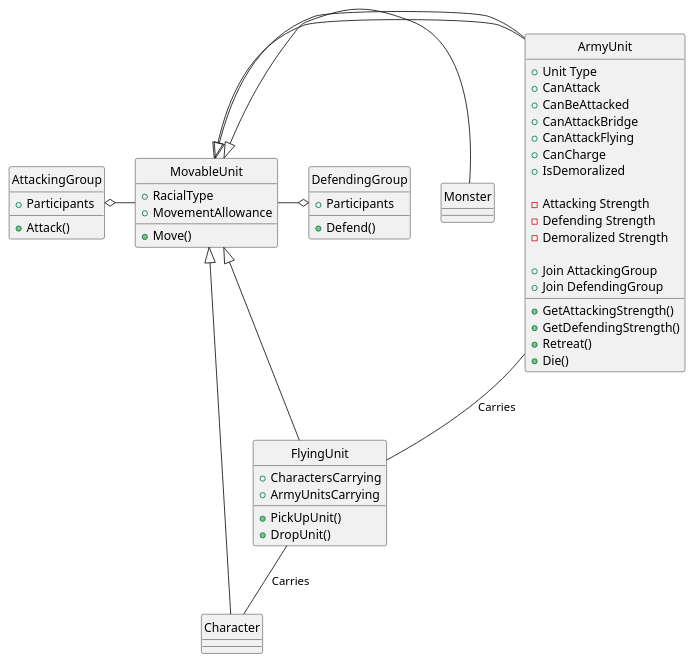
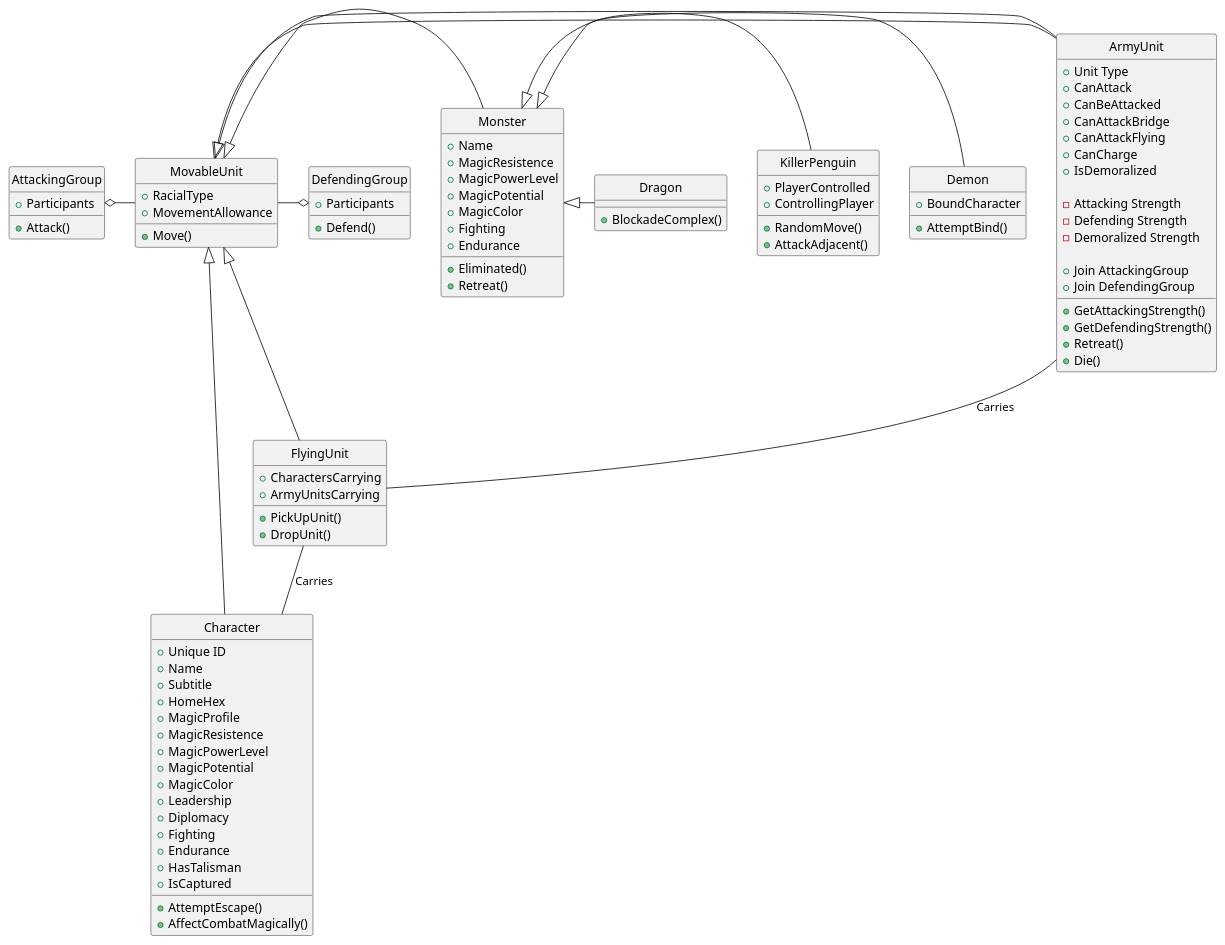
Before and after one commit to cjeffery/sworsorc: the diagram in doc/hw3/A/UnitDiagrams.pu, drawn with PlantUML. The commit also changed other lines of this file, not shown here.

Commit message:
Update UnitDiagrams.pu
Changes for now, will add more later

```diff
--- a/doc/hw3/A/UnitDiagrams.pu
+++ b/doc/hw3/A/UnitDiagrams.pu
@@ -3,65 +3,118 @@
 @startuml
 hide circle
 
 MovableUnit <|- ArmyUnit
 MovableUnit <|- Character
 MovableUnit <|- Monster
 MovableUnit <|- ArmyUnit
 FlyingUnit -|> MovableUnit
-
+Monster <|- Demon
+Monster <|- KillerPenguin
+Monster <|- Dragon
 
 FlyingUnit --  Character : Carries
 ArmyUnit -- FlyingUnit : Carries
 
 AttackingGroup o- MovableUnit
 MovableUnit -o DefendingGroup
 
 class AttackingGroup{
 + Participants
 + Attack()
 }
 
 class DefendingGroup{
 + Participants
 + Defend()
 }
 
 class ArmyUnit { 
 
 + Unit Type 
 + CanAttack
 + CanBeAttacked
 + CanAttackBridge
 + CanAttackFlying
 + CanCharge
 + IsDemoralized
 
 - Attacking Strength
 - Defending Strength
 - Demoralized Strength
 
 + GetAttackingStrength()
 + GetDefendingStrength()
 + Join AttackingGroup
 + Join DefendingGroup
 + Retreat()
 + Die()
 
 }
 
 
 class FlyingUnit {
 + CharactersCarrying
 + ArmyUnitsCarrying
 + PickUpUnit()
 + DropUnit()
 }
 
 class MovableUnit {
 + RacialType
 + MovementAllowance
 + Move()
 }
 
+class Character {
++ Unique ID
++ Name
++ Subtitle
++ HomeHex
++ MagicProfile
++ MagicResistence
++ MagicPowerLevel
++ MagicPotential
++ MagicColor
++ Leadership
++ Diplomacy
++ Fighting
++ Endurance
++ HasTalisman
++ IsCaptured
 
++ AttemptEscape()
++ AffectCombatMagically()
+}
+
+class Monster {
++ Name
++ MagicResistence
++ MagicPowerLevel
++ MagicPotential
++ MagicColor
++ Fighting
++ Endurance
+
++ Eliminated()
++ Retreat()
+}
+
+class Demon {
++ BoundCharacter
+
++ AttemptBind()
+}
+
+class KillerPenguin {
++ PlayerControlled
++ ControllingPlayer
+
++ RandomMove()
++ AttackAdjacent()
+
+}
+
+class Dragon {
++ BlockadeComplex()
+}
 @enduml
```
